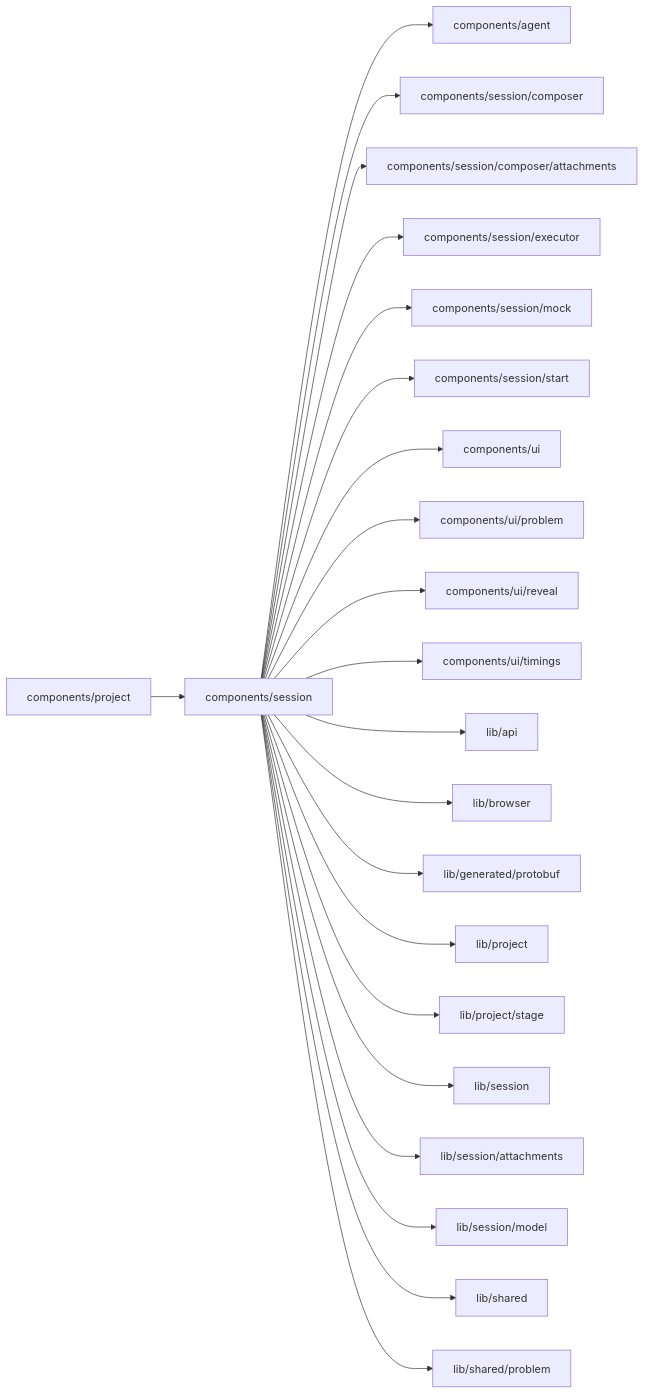
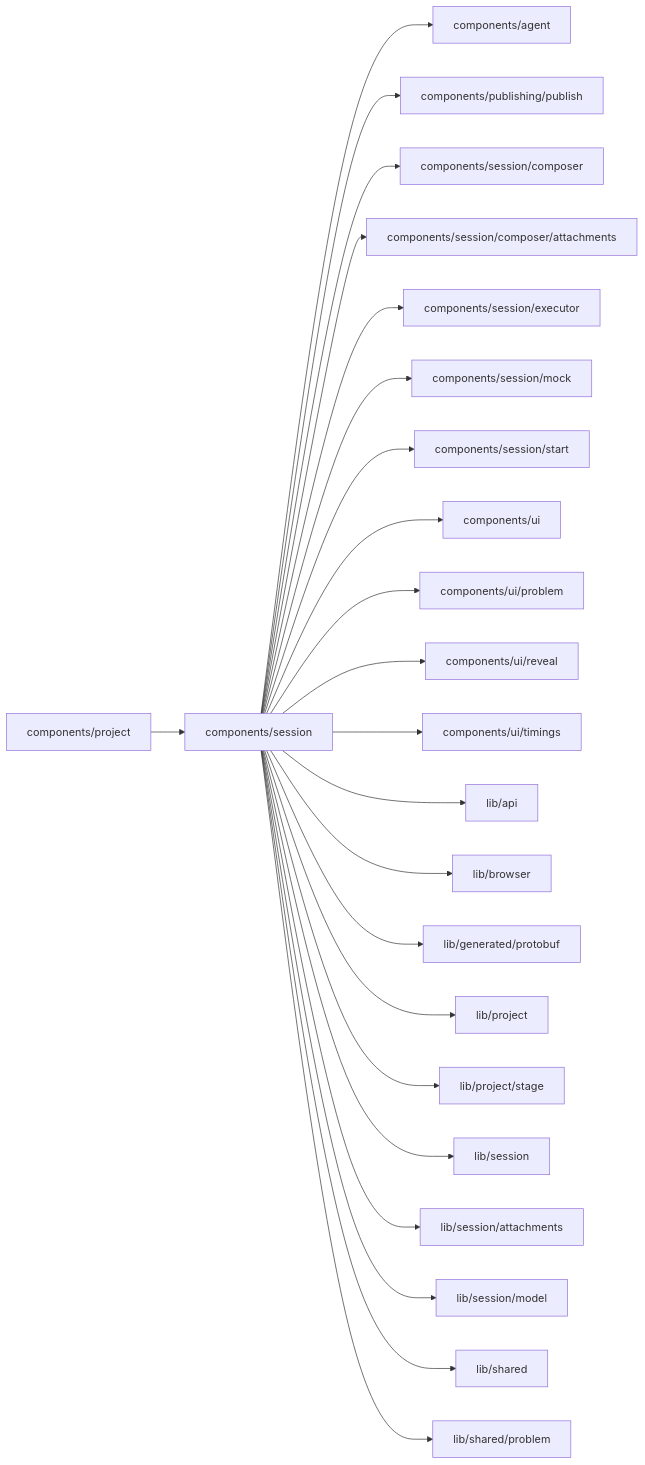
Before and after one commit to superdurable/superverse: the diagram in web/studio/components/session/README.md, drawn with Mermaid. The commit also changed other lines of this file and 22 other files, not shown here.

````diff
--- a/web/studio/components/session/README.md
+++ b/web/studio/components/session/README.md
@@ -10,25 +10,26 @@
 ```mermaid
 flowchart LR
   self["components/session"]
   c0["components/project"] --> self
   self --> d0["components/agent"]
-  self --> d1["components/session/composer"]
-  self --> d2["components/session/composer/attachments"]
-  self --> d3["components/session/executor"]
-  self --> d4["components/session/mock"]
-  self --> d5["components/session/start"]
-  self --> d6["components/ui"]
-  self --> d7["components/ui/problem"]
-  self --> d8["components/ui/reveal"]
-  self --> d9["components/ui/timings"]
-  self --> d10["lib/api"]
-  self --> d11["lib/browser"]
-  self --> d12["lib/generated/protobuf"]
-  self --> d13["lib/project"]
-  self --> d14["lib/project/stage"]
-  self --> d15["lib/session"]
-  self --> d16["lib/session/attachments"]
-  self --> d17["lib/session/model"]
-  self --> d18["lib/shared"]
-  self --> d19["lib/shared/problem"]
+  self --> d1["components/publishing/publish"]
+  self --> d2["components/session/composer"]
+  self --> d3["components/session/composer/attachments"]
+  self --> d4["components/session/executor"]
+  self --> d5["components/session/mock"]
+  self --> d6["components/session/start"]
+  self --> d7["components/ui"]
+  self --> d8["components/ui/problem"]
+  self --> d9["components/ui/reveal"]
+  self --> d10["components/ui/timings"]
+  self --> d11["lib/api"]
+  self --> d12["lib/browser"]
+  self --> d13["lib/generated/protobuf"]
+  self --> d14["lib/project"]
+  self --> d15["lib/project/stage"]
+  self --> d16["lib/session"]
+  self --> d17["lib/session/attachments"]
+  self --> d18["lib/session/model"]
+  self --> d19["lib/shared"]
+  self --> d20["lib/shared/problem"]
 ```
````
